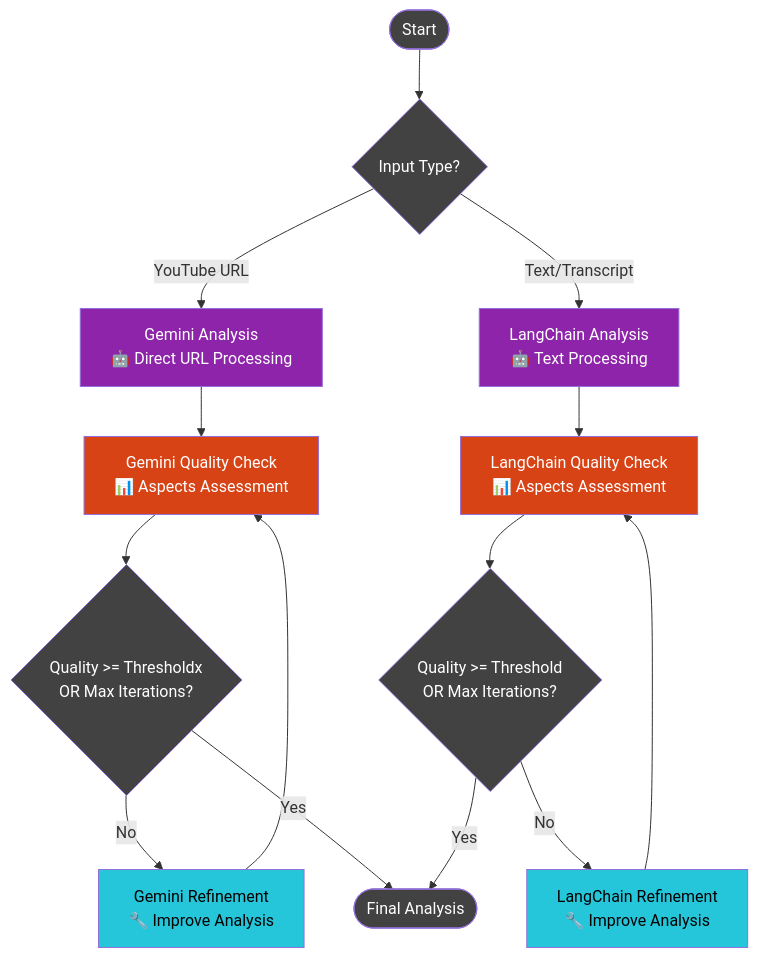
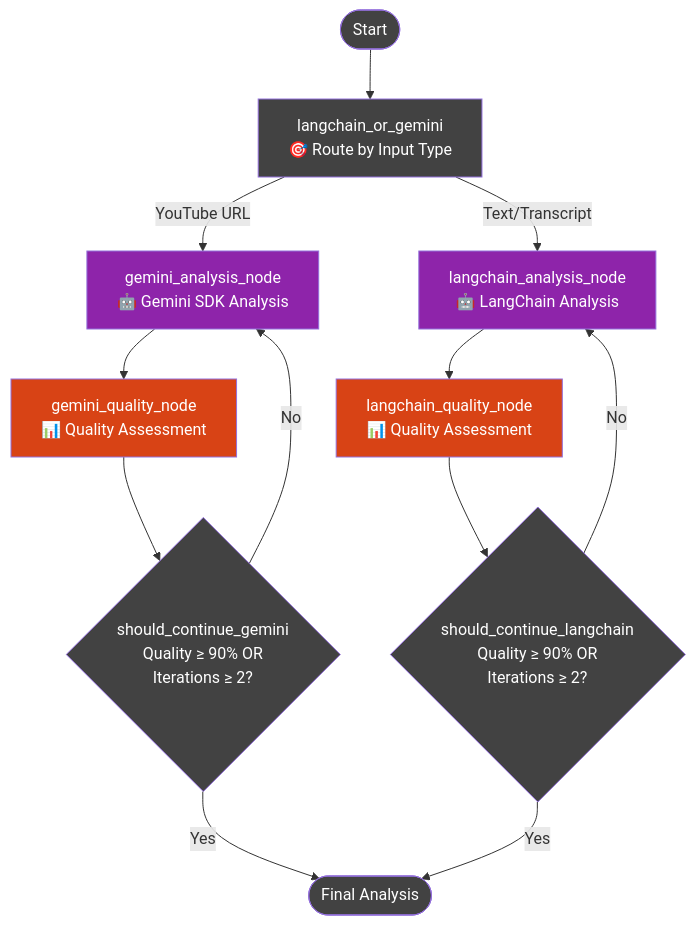
One commit to teron131/youtube-summarizer changed the second of 2 diagrams in README.md. Above: the diagram before and after it, drawn with Mermaid. The commit also changed 1 other file, not shown here.

````diff
--- a/README.md
+++ b/README.md
@@ -46,33 +46,29 @@
 ```mermaid
 graph TD
-    START([Start]) --> ROUTE{Input Type?}
-    ROUTE -->|YouTube URL| GA[Gemini Analysis<br/>🤖 Direct URL Processing]
-    ROUTE -->|Text/Transcript| LA[LangChain Analysis<br/>🤖 Text Processing]
-    
-    GA --> GQ[Gemini Quality Check<br/>📊 Aspects Assessment]
-    LA --> LQ[LangChain Quality Check<br/>📊 Aspects Assessment]
-    
-    GQ --> GC{Quality >= Thresholdx<br/>OR Max Iterations?}
-    LQ --> LC{Quality >= Threshold<br/>OR Max Iterations?}
-    
-    GC -->|No| GR[Gemini Refinement<br/>🔧 Improve Analysis]
-    LC -->|No| LR[LangChain Refinement<br/>🔧 Improve Analysis]
-    
-    GR --> GQ
-    LR --> LQ
-    
-    GC -->|Yes| END([Final Analysis])
-    LC -->|Yes| END
-    
+    START([Start]) --> ROUTER[langchain_or_gemini<br/>🎯 Route by Input Type]
+
+    ROUTER -->|YouTube URL| GEMINI_ANALYSIS[gemini_analysis_node<br/>🤖 Gemini SDK Analysis]
+    ROUTER -->|Text/Transcript| LANGCHAIN_ANALYSIS[langchain_analysis_node<br/>🤖 LangChain Analysis]
+
+    GEMINI_ANALYSIS --> GEMINI_QUALITY[gemini_quality_node<br/>📊 Quality Assessment]
+    LANGCHAIN_ANALYSIS --> LANGCHAIN_QUALITY[langchain_quality_node<br/>📊 Quality Assessment]
+
+    GEMINI_QUALITY --> GEMINI_CONDITION{should_continue_gemini<br/>Quality ≥ 90% OR<br/>Iterations ≥ 2?}
+    LANGCHAIN_QUALITY --> LANGCHAIN_CONDITION{should_continue_langchain<br/>Quality ≥ 90% OR<br/>Iterations ≥ 2?}
+
+    GEMINI_CONDITION -->|Yes| END([Final Analysis])
+    LANGCHAIN_CONDITION -->|Yes| END
+
+    GEMINI_CONDITION -->|No| GEMINI_ANALYSIS
+    LANGCHAIN_CONDITION -->|No| LANGCHAIN_ANALYSIS
+
     style START fill:#424242,color:#fff
-    style ROUTE fill:#424242,color:#fff
-    style GA fill:#8E24AA,color:#fff
-    style LA fill:#8E24AA,color:#fff
-    style GQ fill:#D84315,color:#fff
-    style LQ fill:#D84315,color:#fff
-    style GC fill:#424242,color:#fff
-    style LC fill:#424242,color:#fff
-    style GR fill:#26C6DA,color:#000
-    style LR fill:#26C6DA,color:#000
+    style ROUTER fill:#424242,color:#fff
+    style GEMINI_ANALYSIS fill:#8E24AA,color:#fff
+    style LANGCHAIN_ANALYSIS fill:#8E24AA,color:#fff
+    style GEMINI_QUALITY fill:#D84315,color:#fff
+    style LANGCHAIN_QUALITY fill:#D84315,color:#fff
+    style GEMINI_CONDITION fill:#424242,color:#fff
+    style LANGCHAIN_CONDITION fill:#424242,color:#fff
     style END fill:#424242,color:#fff
 ```
````
